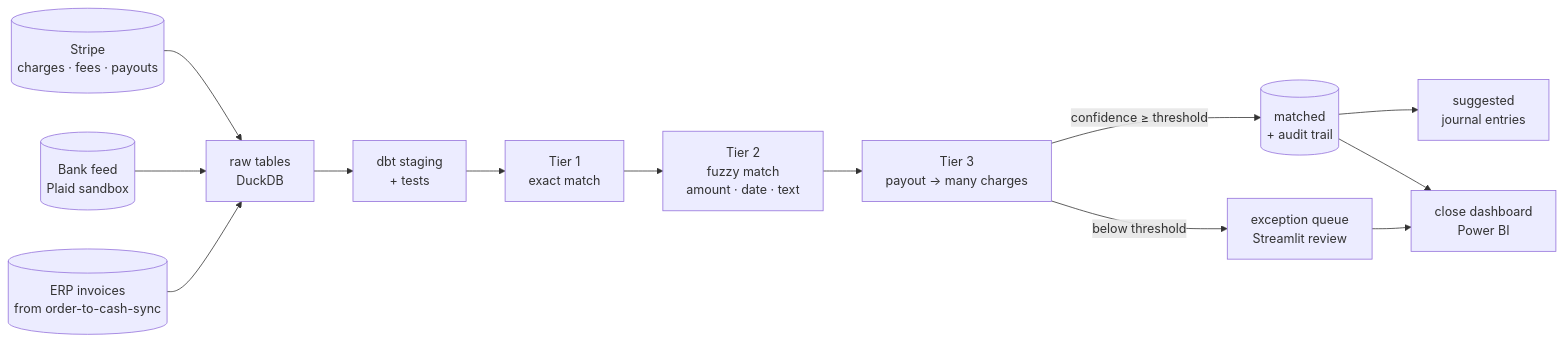
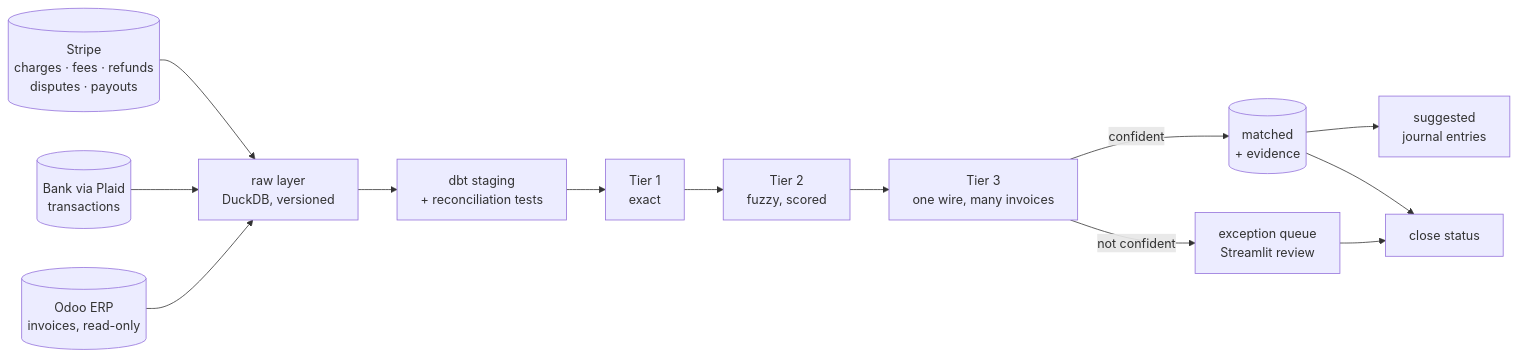
One commit to janpaulreckling/cash-reconciliation-engine changed the second of 2 diagrams in README.md. Above: the diagram before and after it, drawn with Mermaid. The commit also changed other lines of this file and 3 other files, not shown here.

````diff
--- a/README.md
+++ b/README.md
@@ -13,15 +61,15 @@
 ```mermaid
 flowchart LR
-    ST[(Stripe<br/>charges · fees · payouts)] --> RAW
-    BK[(Bank feed<br/>Plaid sandbox)] --> RAW
-    ERP[(ERP invoices<br/>from order-to-cash-sync)] --> RAW
-    RAW[raw tables<br/>DuckDB] --> DBT[dbt staging<br/>+ tests]
-    DBT --> M1[Tier 1<br/>exact match]
-    M1 --> M2[Tier 2<br/>fuzzy match<br/>amount · date · text]
-    M2 --> M3[Tier 3<br/>payout → many charges]
-    M3 -->|confidence ≥ threshold| OK[(matched<br/>+ audit trail)]
-    M3 -->|below threshold| EX[exception queue<br/>Streamlit review]
+    ST[(Stripe<br/>charges · fees · refunds<br/>disputes · payouts)] --> RAW
+    BK[(Bank via Plaid<br/>transactions)] --> RAW
+    ERP[(Odoo ERP<br/>invoices, read-only)] --> RAW
+    RAW[raw layer<br/>DuckDB, versioned] --> DBT[dbt staging<br/>+ reconciliation tests]
+    DBT --> M1[Tier 1<br/>exact]
+    M1 --> M2[Tier 2<br/>fuzzy, scored]
+    M2 --> M3[Tier 3<br/>one wire, many invoices]
+    M3 -->|confident| OK[(matched<br/>+ evidence)]
+    M3 -->|not confident| EX[exception queue<br/>Streamlit review]
     OK --> JE[suggested<br/>journal entries]
-    OK --> DASH[close dashboard<br/>Power BI]
-    EX --> DASH
+    OK --> KPI[close status]
+    EX --> KPI
 ```
````
